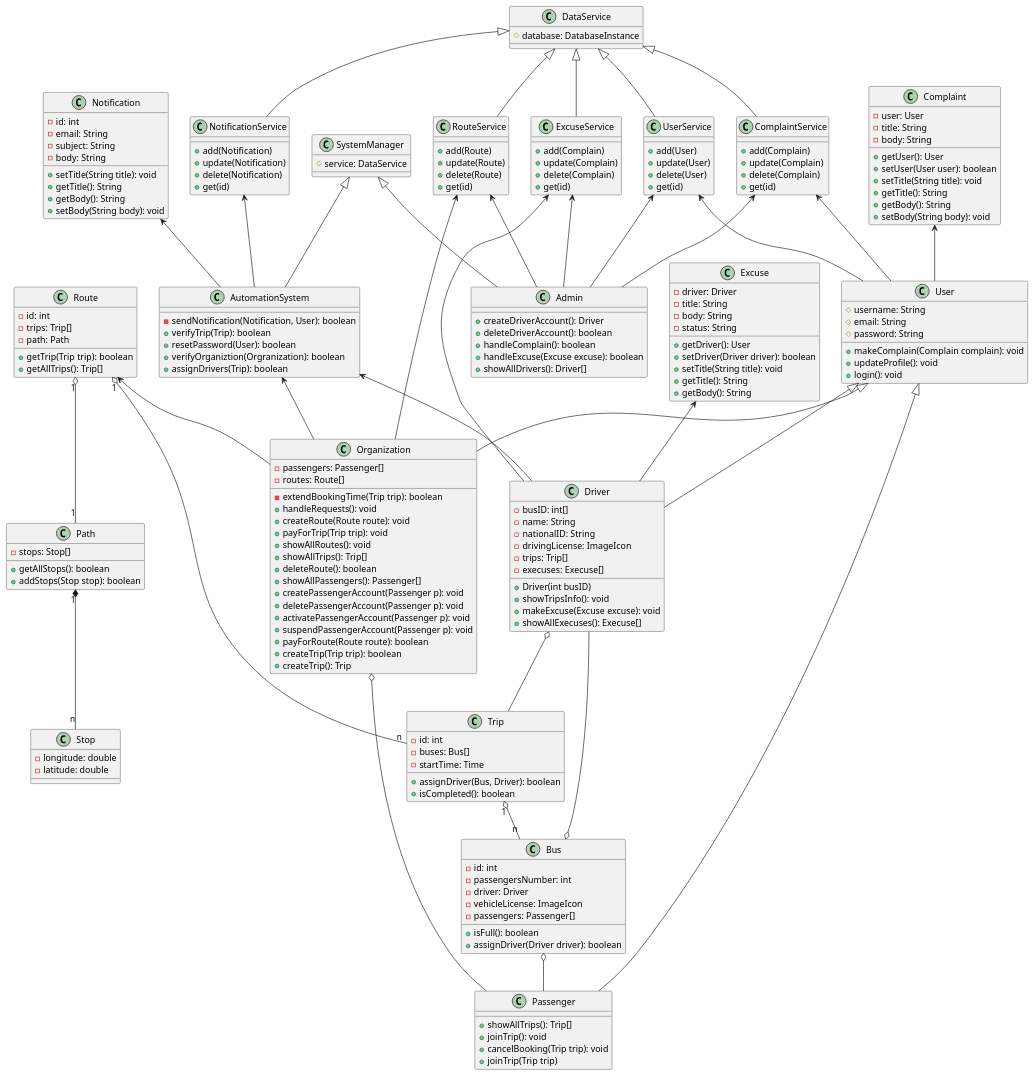
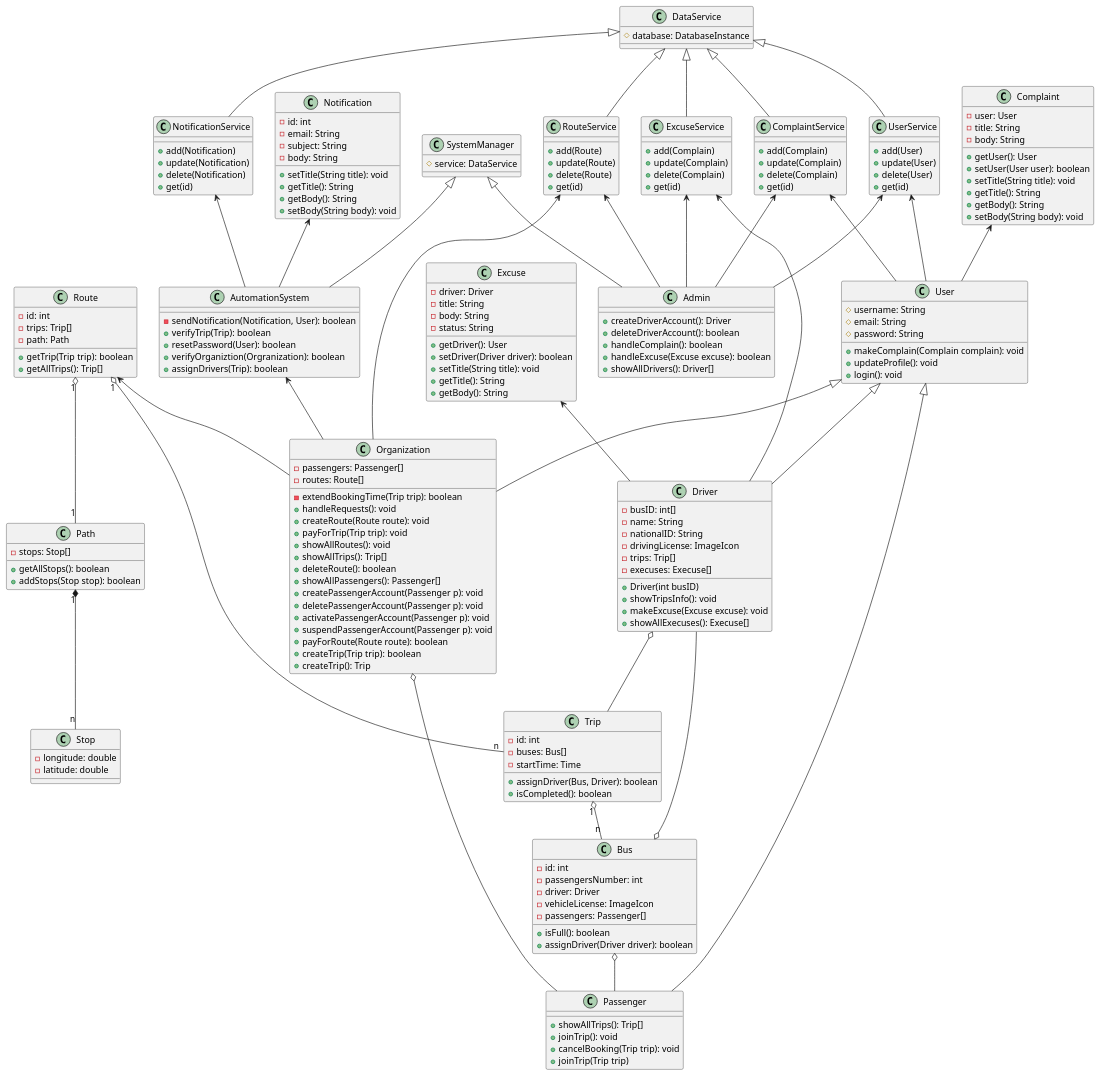
One commit to moazbasheer/BaaS_GP changed the diagram in class-diagram.pu. Above: the diagram before and after it, drawn with PlantUML. The commit also changed 2 other files, not shown here.

```diff
--- a/class-diagram.pu
+++ b/class-diagram.pu
@@ -181,7 +181,6 @@
 
 Notification <-- AutomationSystem
 
-AutomationSystem <-- Driver
 AutomationSystem <-- Organization
 
 SystemManager <|-- Admin
```
